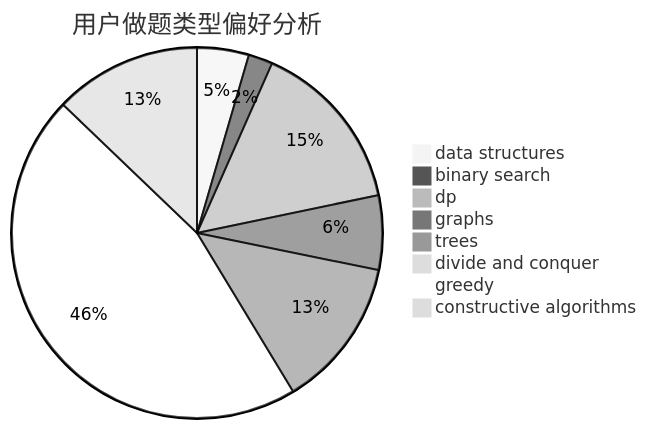
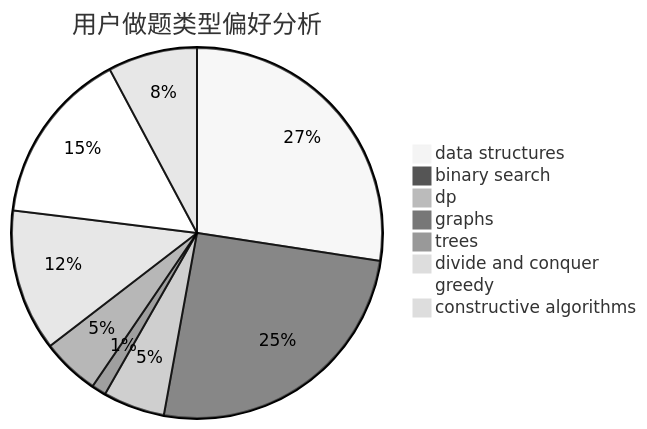
Before and after one commit to sherpahu/cfrs.github.io: the second of 3 diagrams in docs/user/u1702.md, drawn with Mermaid (neutral theme). The commit also changed other lines of this file and 2770 other files, not shown here.

````diff
--- a/docs/user/u1702.md
+++ b/docs/user/u1702.md
@@ -23,11 +23,11 @@
 ```mermaid
 pie title 用户做题类型偏好分析
-    "data structures" :  32
-    "binary search" :  15
-    "dp" :  107
-    "graphs" :  46
-    "trees" :  93
-    "divide and conquer" :  1
-    "greedy" :  325
-    "constructive algorithms" :  91
+    "data structures" :  239
+    "binary search" :  222
+    "dp" :  47
+    "graphs" :  11
+    "trees" :  44
+    "divide and conquer" :  108
+    "greedy" :  133
+    "constructive algorithms" :  68
 ```
````
